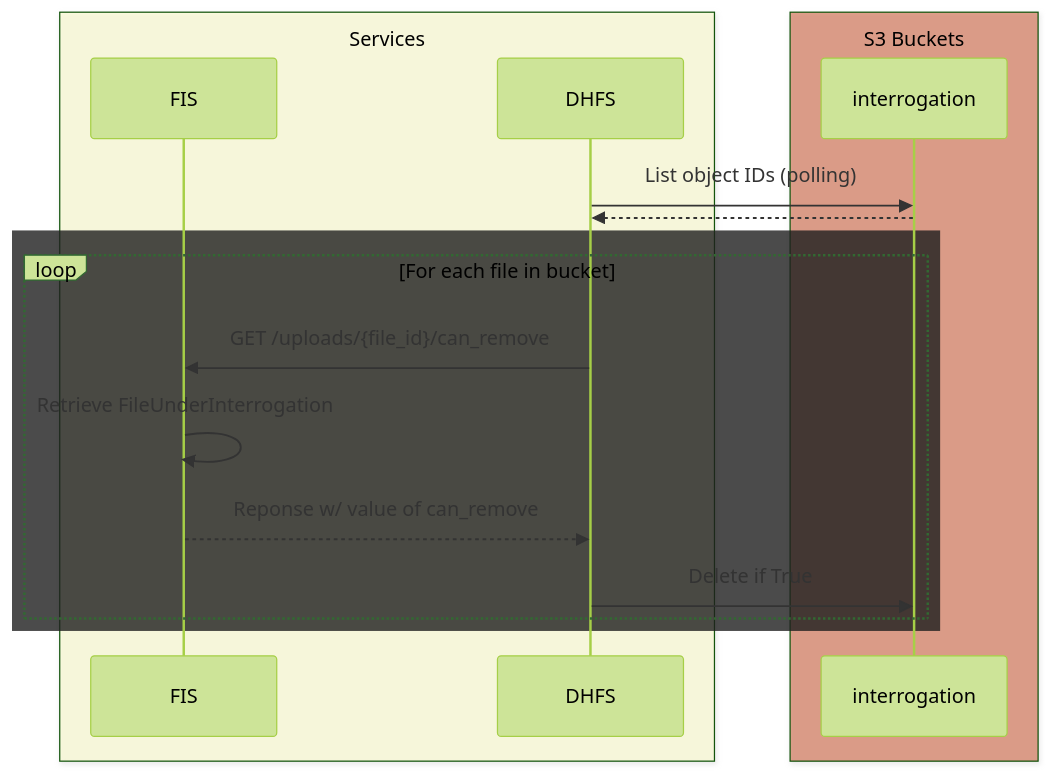
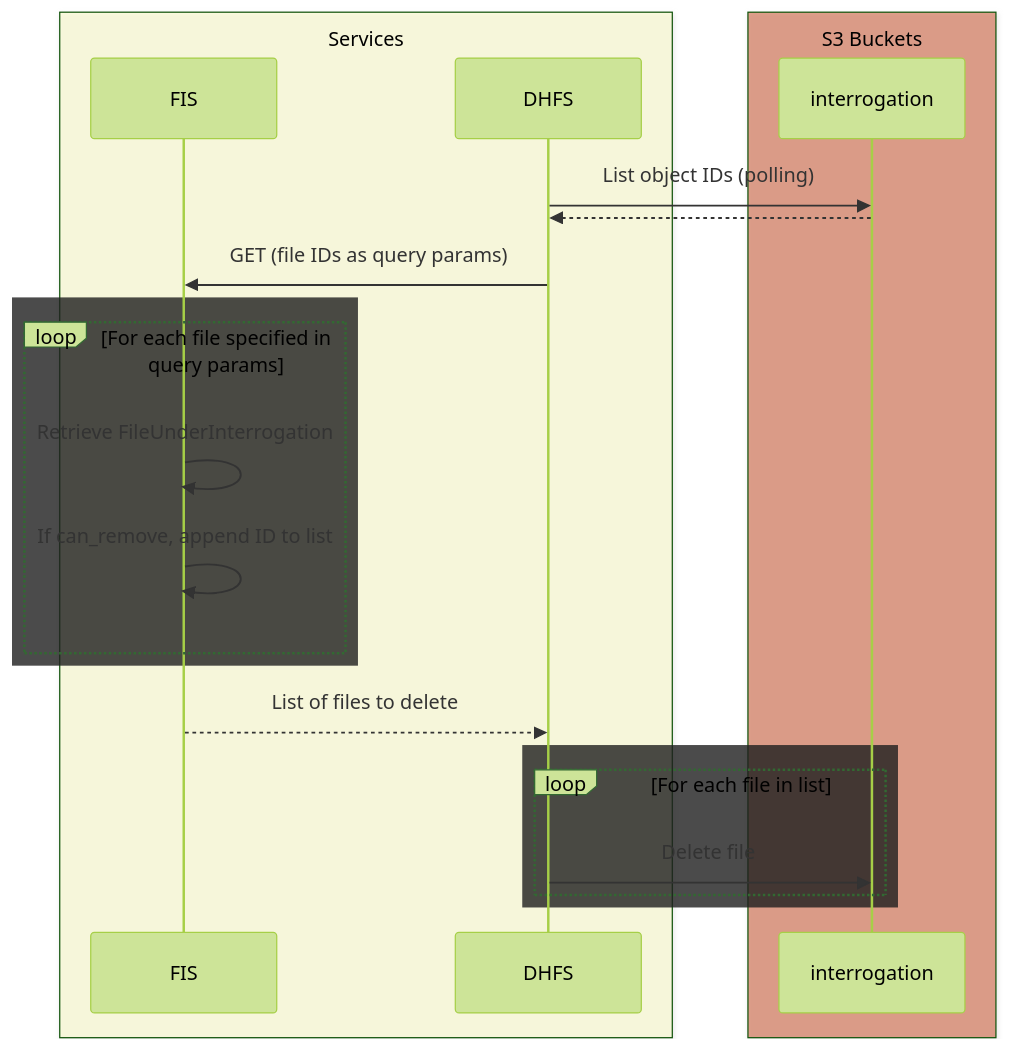
One commit to ghga-de/epic-docs changed the second of 3 diagrams in 84-sarcastic-fringehead/technical_specification.md. Above: the diagram before and after it, drawn with Mermaid (forest theme). The commit also changed other lines of this file, not shown here.

Commit message:
Adapt DHFS cleanup to perform bulk request to FIS

````diff
--- a/84-sarcastic-fringehead/technical_specification.md
+++ b/84-sarcastic-fringehead/technical_specification.md
@@ -710,21 +712,26 @@
 ```mermaid
 sequenceDiagram
     box rgb(255, 255, 200, .5) Services
         participant FIS
         participant DHFS
     end
     box rgb(200, 75, 35, 0.5) S3 Buckets
         participant interrogation
     end
     
     DHFS->>interrogation: List object IDs (polling)
     interrogation-->>DHFS:
+    DHFS->>FIS: GET (file IDs as query params)
     rect rgb(30, 30, 30, .8)
-        loop For each file in bucket
-            DHFS->>FIS: GET /uploads/{file_id}/can_remove
-            FIS->>FIS: Retrieve FileUnderInterrogation
-            FIS-->>DHFS: Reponse w/ value of can_remove
-            DHFS->>interrogation: Delete if True
+        loop For each file specified in query params
+          FIS->>FIS: Retrieve FileUnderInterrogation
+          FIS->>FIS: If can_remove, append ID to list
+        end
+    end
+    FIS-->>DHFS: List of files to delete
+    rect rgb(30, 30, 30, .8)
+        loop For each file in list
+          DHFS->>interrogation: Delete file
         end
     end
 ```
````
